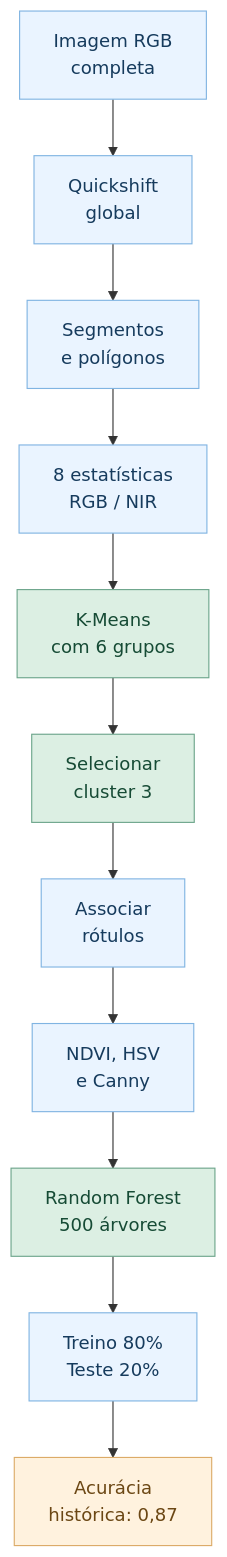
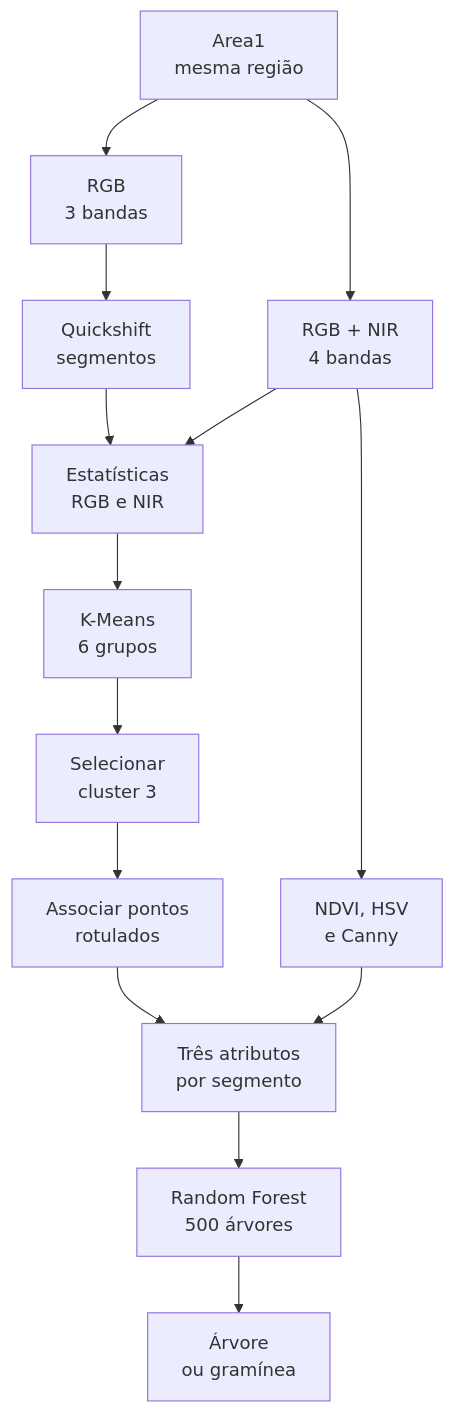
The diagram in README.md (BrenoBragaGalvao/mestrado-arvores-urbanas), drawn with Mermaid before and after one commit. The commit also changed other lines of this file, not shown here.

````diff
--- a/README.md
+++ b/README.md
@@ -446,20 +46,16 @@
 ```mermaid
 flowchart TD
-    A["Imagem RGB<br/>completa"] --> B["Quickshift<br/>global"]
-    B --> C["Segmentos<br/>e polígonos"]
-    C --> D["8 estatísticas<br/>RGB / NIR"]
-    D --> E["K-Means<br/>com 6 grupos"]
-    E --> F["Selecionar<br/>cluster 3"]
-    F --> G["Associar<br/>rótulos"]
-    G --> H["NDVI, HSV<br/>e Canny"]
-    H --> I["Random Forest<br/>500 árvores"]
-    I --> J["Treino 80%<br/>Teste 20%"]
-    J --> K["Acurácia<br/>histórica: 0,87"]
-
-    classDef azul fill:#eaf4ff,stroke:#80b4e2,color:#163b5d;
-    classDef verde fill:#dcefe3,stroke:#6ca58b,color:#164b35;
-    classDef areia fill:#fff2de,stroke:#dcab68,color:#6b4714;
-    class A,B,C,D,G,H,J azul;
-    class E,F,I verde;
-    class K areia;
+    A["Area1<br/>mesma região"] --> B["RGB<br/>3 bandas"]
+    A --> C["RGB + NIR<br/>4 bandas"]
+    B --> D["Quickshift<br/>segmentos"]
+    D --> E["Estatísticas<br/>RGB e NIR"]
+    C --> E
+    E --> F["K-Means<br/>6 grupos"]
+    F --> G["Selecionar<br/>cluster 3"]
+    G --> H["Associar pontos<br/>rotulados"]
+    C --> I["NDVI, HSV<br/>e Canny"]
+    H --> J["Três atributos<br/>por segmento"]
+    I --> J
+    J --> K["Random Forest<br/>500 árvores"]
+    K --> L["Árvore<br/>ou gramínea"]
 ```
````
